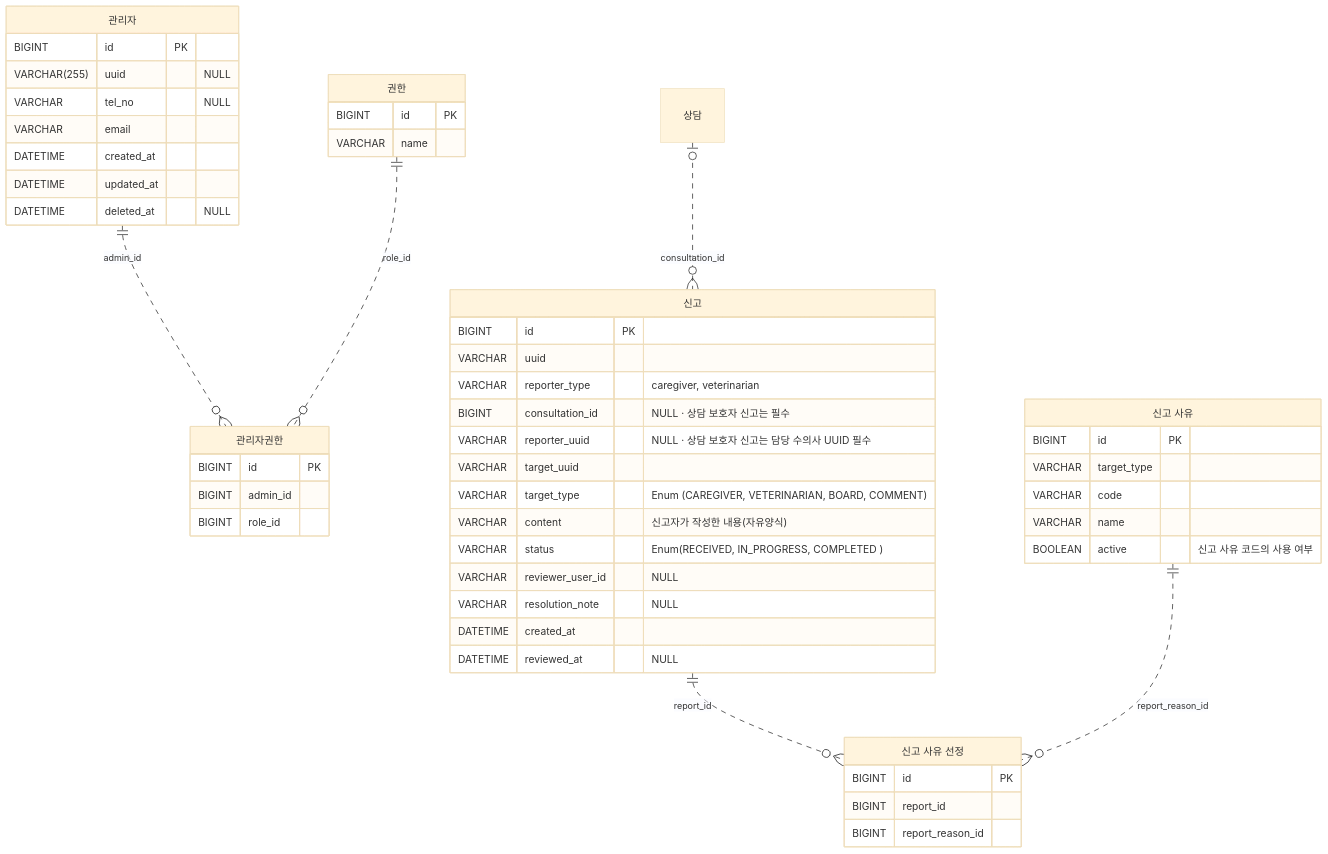
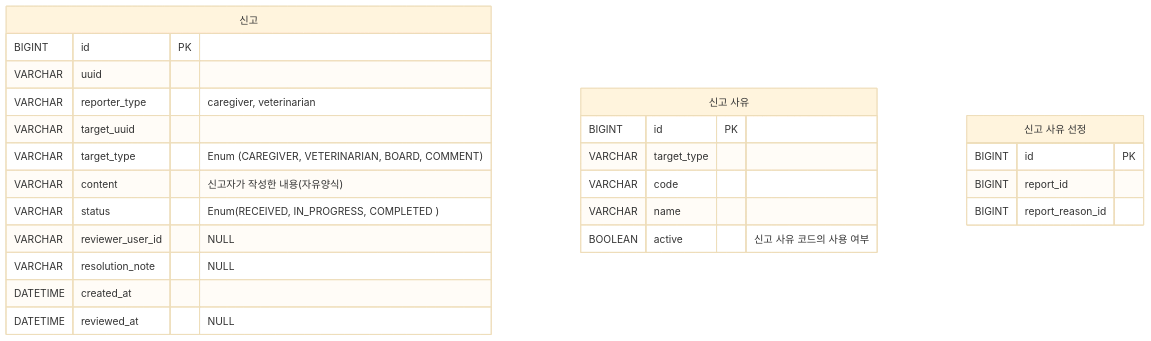
One commit to louie-kury/louie-kury-document changed the seventh of 7 diagrams in docs/erd.md. Above: the diagram before and after it, drawn with Mermaid (base theme). The commit also changed other lines of this file, not shown here.

Commit message:
docs: 최신 SQL과 MongoDB 구분에 맞춰 ERD 재작성

````diff
--- a/docs/erd.md
+++ b/docs/erd.md
@@ -575,54 +311,28 @@
 ```mermaid
 erDiagram
-    "관리자" ||..o{ "관리자권한" : "admin_id"
-    "권한" ||..o{ "관리자권한" : "role_id"
-    "상담" |o..o{ "신고" : "consultation_id"
-    "신고" ||..o{ "신고 사유 선정" : "report_id"
-    "신고 사유" ||..o{ "신고 사유 선정" : "report_reason_id"
-
-    "관리자" {
-        BIGINT id PK
-        VARCHAR(255) uuid "NULL"
-        VARCHAR tel_no "NULL"
-        VARCHAR email
-        DATETIME created_at
-        DATETIME updated_at
-        DATETIME deleted_at "NULL"
-    }
-    "권한" {
-        BIGINT id PK
-        VARCHAR name
-    }
-    "관리자권한" {
-        BIGINT id PK
-        BIGINT admin_id
-        BIGINT role_id
-    }
     "신고" {
         BIGINT id PK
         VARCHAR uuid
         VARCHAR reporter_type "caregiver, veterinarian"
-        BIGINT consultation_id "NULL · 상담 보호자 신고는 필수"
-        VARCHAR reporter_uuid "NULL · 상담 보호자 신고는 담당 수의사 UUID 필수"
         VARCHAR target_uuid
         VARCHAR target_type "Enum (CAREGIVER, VETERINARIAN, BOARD, COMMENT)"
         VARCHAR content "신고자가 작성한 내용(자유양식)"
         VARCHAR status "Enum(RECEIVED, IN_PROGRESS, COMPLETED )"
         VARCHAR reviewer_user_id "NULL"
         VARCHAR resolution_note "NULL"
         DATETIME created_at
         DATETIME reviewed_at "NULL"
     }
     "신고 사유" {
         BIGINT id PK
         VARCHAR target_type
         VARCHAR code
         VARCHAR name
         BOOLEAN active "신고 사유 코드의 사용 여부"
     }
     "신고 사유 선정" {
         BIGINT id PK
         BIGINT report_id
         BIGINT report_reason_id
     }
 ```
````
